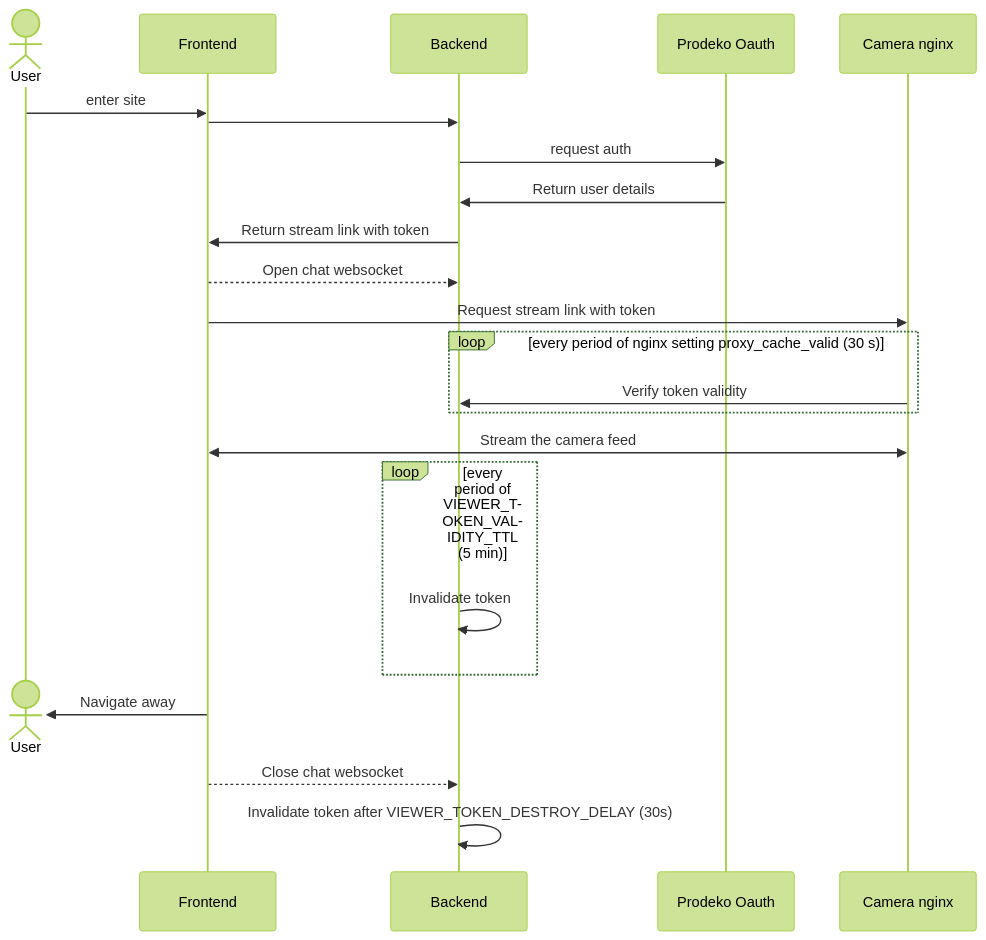
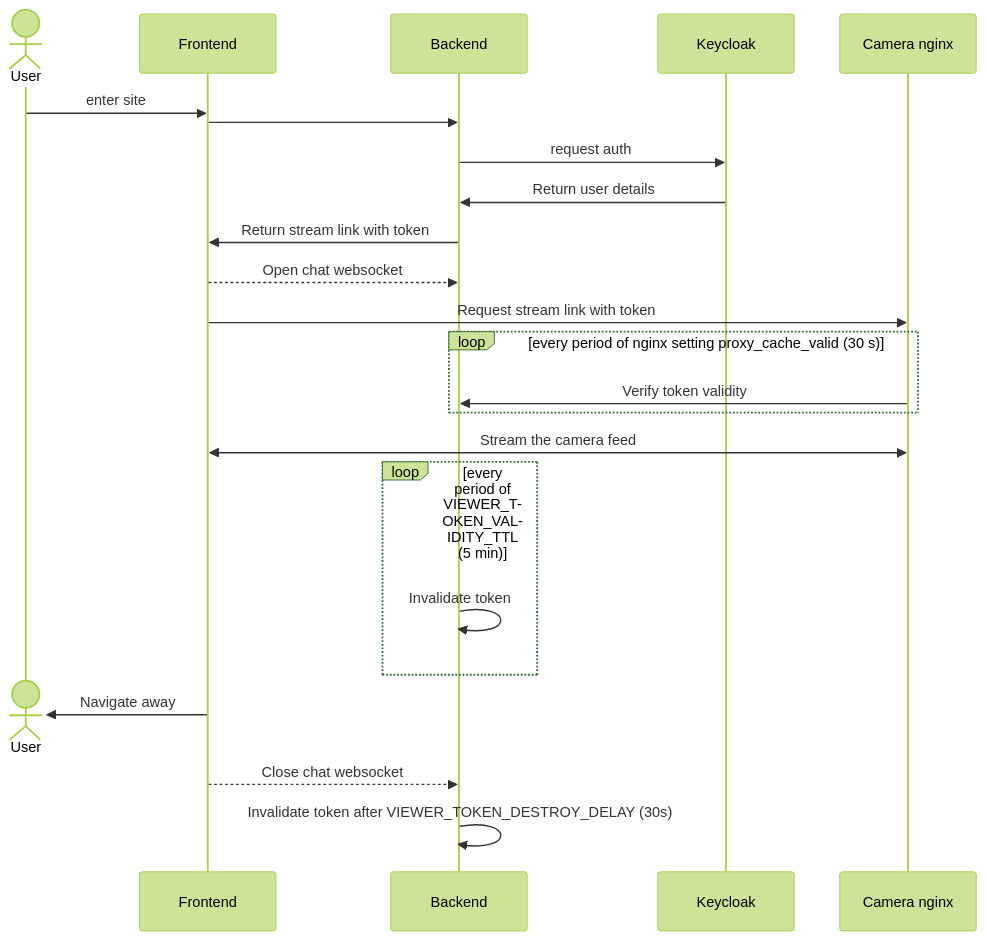
One commit to Prodeko/kiltiskamera changed the diagram in README.md. Above: the diagram before and after it, drawn with Mermaid (forest theme). The commit also changed 7 other files, not shown here.

````diff
--- a/README.md
+++ b/README.md
@@ -1,23 +1,23 @@
 ```mermaid
 
 sequenceDiagram
     actor User
     User->>Frontend: enter site
     Frontend->>Backend: 
-    Backend->>Prodeko Oauth: request auth
-    Prodeko Oauth->>Backend: Return user details
+    Backend->>Keycloak: request auth
+    Keycloak->>Backend: Return user details
     Backend->>Frontend: Return stream link with token
     Frontend-->>Backend: Open chat websocket
     Frontend->>Camera nginx: Request stream link with token
     loop every period of nginx setting proxy_cache_valid (30 s)
         Camera nginx->>Backend: Verify token validity
     end
     Camera nginx<<->>Frontend: Stream the camera feed
     loop every period of VIEWER_TOKEN_VALIDITY_TTL (5 min)
         Backend->>Backend: Invalidate token
     end
     destroy User
     Frontend->>User: Navigate away
     Frontend-->>Backend: Close chat websocket
     Backend->>Backend: Invalidate token after VIEWER_TOKEN_DESTROY_DELAY (30s)
 ```
````
